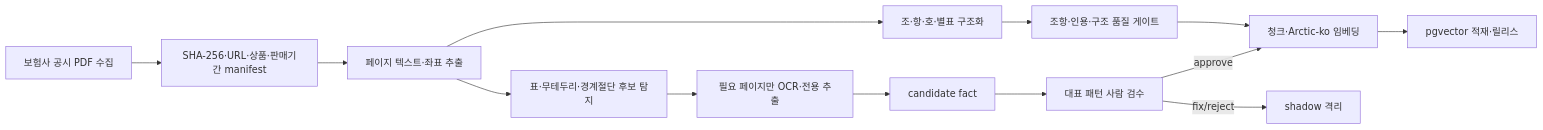
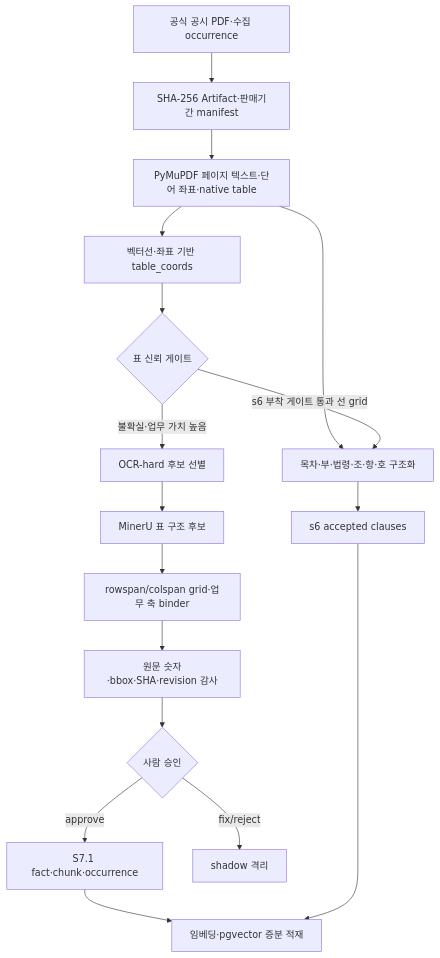
The diagram in docs/submission/01_수집데이터_및_전처리.md (SKNETWORKS-FAMILY-AICAMP/SKN32-3rd-4Team), drawn with Mermaid before and after one commit. The commit also changed other lines of this file and 517 other files, not shown here.

````diff
--- a/docs/submission/01_수집데이터_및_전처리.md
+++ b/docs/submission/01_수집데이터_및_전처리.md
@@ -75,15 +162,19 @@
 ```mermaid
-flowchart LR
-  A[보험사 공시 PDF 수집] --> B[SHA-256·URL·상품·판매기간 manifest]
-  B --> C[페이지 텍스트·좌표 추출]
-  C --> D[조·항·호·별표 구조화]
-  C --> E[표·무테두리·경계절단 후보 탐지]
-  E --> F[필요 페이지만 OCR·전용 추출]
-  D --> G[조항·인용·구조 품질 게이트]
-  F --> H[candidate fact]
-  H --> I[대표 패턴 사람 검수]
-  I -->|approve| J[청크·Arctic-ko 임베딩]
-  I -->|fix/reject| K[shadow 격리]
-  G --> J
-  J --> L[pgvector 적재·릴리스]
+flowchart TD
+  A[공식 공시 PDF·수집 occurrence] --> B[SHA-256 Artifact·판매기간 manifest]
+  B --> C[PyMuPDF 페이지 텍스트·단어 좌표·native table]
+  C --> D[벡터선·좌표 기반 table_coords]
+  C --> E[목차·부·법령·조·항·호 구조화]
+  D --> F{표 신뢰 게이트}
+  F -->|s6 부착 게이트 통과 선 grid| E
+  F -->|불확실·업무 가치 높음| G[OCR-hard 후보 선별]
+  G --> H[MinerU 표 구조 후보]
+  H --> I[rowspan/colspan grid·업무 축 binder]
+  I --> J[원문 숫자·bbox·SHA·revision 감사]
+  J --> K{사람 승인}
+  K -->|approve| L[S7.1 fact·chunk·occurrence]
+  K -->|fix/reject| M[shadow 격리]
+  E --> N[s6 accepted clauses]
+  L --> O[임베딩·pgvector 증분 적재]
+  N --> O
 ```
````
